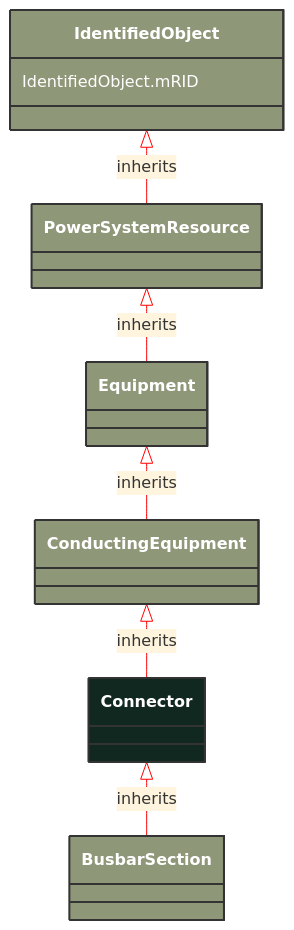
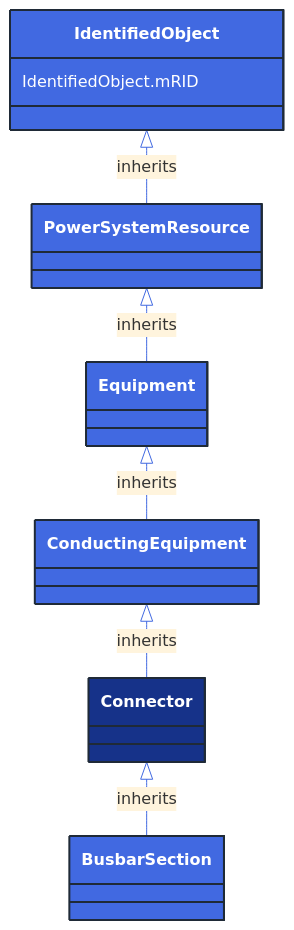
The diagram in docs/Models/Profiles/ShortCircuit/AbstractClasses/Connector.md (3lbits/NoCIMExtensions), drawn with Mermaid before and after one commit. The commit also changed 362 other files, not shown here.

First line of the commit message:
Update diagrams and styles for improved visual consistency

````diff
--- a/docs/Models/Profiles/ShortCircuit/AbstractClasses/Connector.md
+++ b/docs/Models/Profiles/ShortCircuit/AbstractClasses/Connector.md
@@ -10,33 +10,33 @@
 ```mermaid
-%%{init: {'theme':'base','themeVariables': {'lineColor': '#FF0000'}}}%%
+%%{init: {'theme':'base','themeVariables': {'lineColor': '#4169E1'}}}%%
 classDiagram
     class Connector
     click Connector href "/Models/Profiles/ShortCircuit/AbstractClasses/Connector/"
-    style Connector fill:#102820,stroke:#333,stroke-width:2px,rx:10,ry:10,color:white
+    style Connector fill:#163289,stroke:#1F2A37,stroke-width:2px,rx:10,ry:10,color:white
 
         Connector <|-- BusbarSection : inherits
 
         BusbarSection
             click BusbarSection href "/Models/Profiles/ShortCircuit/ConcreteClasses/BusbarSection/"
-            style BusbarSection fill:#8F9779,stroke:#333,stroke-width:2px,rx:10,ry:10,color:white
+            style BusbarSection fill:#4169E1,stroke:#1F2A37,stroke-width:2px,rx:10,ry:10,color:white
      
         ConductingEquipment <|-- Connector : inherits
             click ConductingEquipment href "/Models/Profiles/ShortCircuit/AbstractClasses/ConductingEquipment/"
-            style ConductingEquipment fill:#8F9779,stroke:#333,stroke-width:2px,rx:10,ry:10,color:white
+            style ConductingEquipment fill:#4169E1,stroke:#1F2A37,stroke-width:2px,rx:10,ry:10,color:white
      
         Equipment <|-- ConductingEquipment : inherits
             click Equipment href "/Models/Profiles/ShortCircuit/AbstractClasses/Equipment/"
-            style Equipment fill:#8F9779,stroke:#333,stroke-width:2px,rx:10,ry:10,color:white
+            style Equipment fill:#4169E1,stroke:#1F2A37,stroke-width:2px,rx:10,ry:10,color:white
      
         PowerSystemResource <|-- Equipment : inherits
             click PowerSystemResource href "/Models/Profiles/ShortCircuit/AbstractClasses/PowerSystemResource/"
-            style PowerSystemResource fill:#8F9779,stroke:#333,stroke-width:2px,rx:10,ry:10,color:white
+            style PowerSystemResource fill:#4169E1,stroke:#1F2A37,stroke-width:2px,rx:10,ry:10,color:white
      
         IdentifiedObject <|-- PowerSystemResource : inherits
             click IdentifiedObject href "/Models/Profiles/ShortCircuit/AbstractClasses/IdentifiedObject/"
-            style IdentifiedObject fill:#8F9779,stroke:#333,stroke-width:2px,rx:10,ry:10,color:white
+            style IdentifiedObject fill:#4169E1,stroke:#1F2A37,stroke-width:2px,rx:10,ry:10,color:white
 
 
 
         IdentifiedObject : IdentifiedObject.mRID
 ```
````
